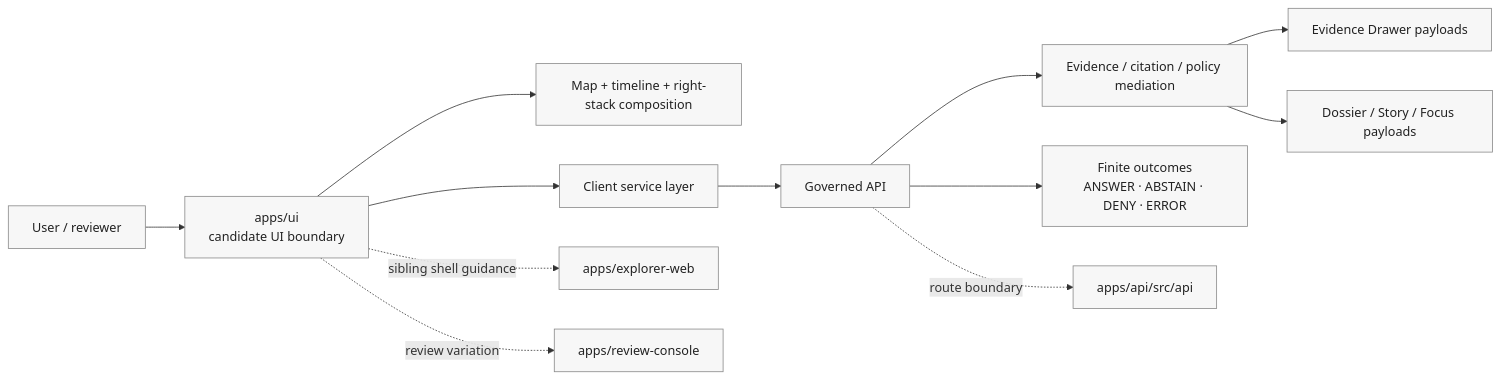
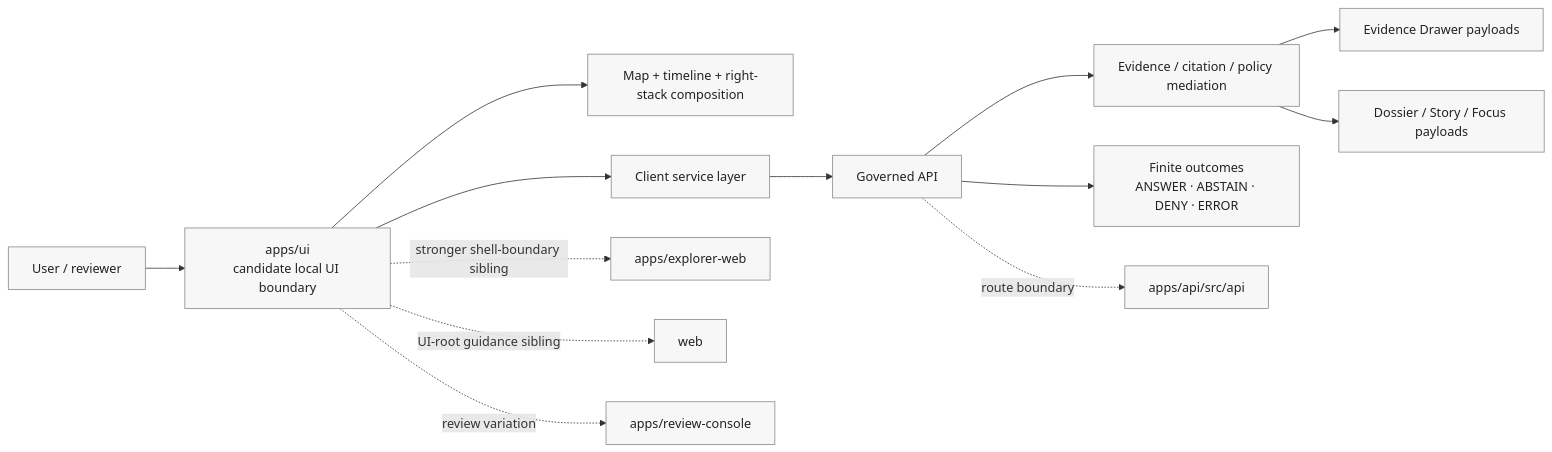
One commit to bartytime4life/Kansas-Frontier-Matrix changed the diagram in apps/ui/README.md. Above: the diagram before and after it, drawn with Mermaid. The commit also changed other lines of this file, not shown here.

First line of the commit message:
Revise README.md for apps/ui ownership and status

````diff
--- a/apps/ui/README.md
+++ b/apps/ui/README.md
@@ -259,18 +269,19 @@
 ```mermaid
 flowchart LR
-    U[User / reviewer] --> UI[apps/ui<br/>candidate UI boundary]
+    U[User / reviewer] --> UI[apps/ui<br/>candidate local UI boundary]
     UI --> SHELL[Map + timeline + right-stack composition]
     UI --> SVC[Client service layer]
     SVC --> GAPI[Governed API]
     GAPI --> EV[Evidence / citation / policy mediation]
     GAPI --> OUT[Finite outcomes<br/>ANSWER · ABSTAIN · DENY · ERROR]
     EV --> ED[Evidence Drawer payloads]
     EV --> DS[Dossier / Story / Focus payloads]
 
-    UI -. sibling shell guidance .-> EX[apps/explorer-web]
+    UI -. stronger shell-boundary sibling .-> EX[apps/explorer-web]
+    UI -. UI-root guidance sibling .-> WEB[web]
     UI -. review variation .-> RC[apps/review-console]
     GAPI -. route boundary .-> API[apps/api/src/api]
 
     classDef soft fill:#f7f7f7,stroke:#888,color:#222;
-    class UI,SHELL,SVC,GAPI,EV,OUT,ED,DS,EX,RC,API,U soft;
+    class UI,SHELL,SVC,GAPI,EV,OUT,ED,DS,EX,WEB,RC,API,U soft;
 ```
````
